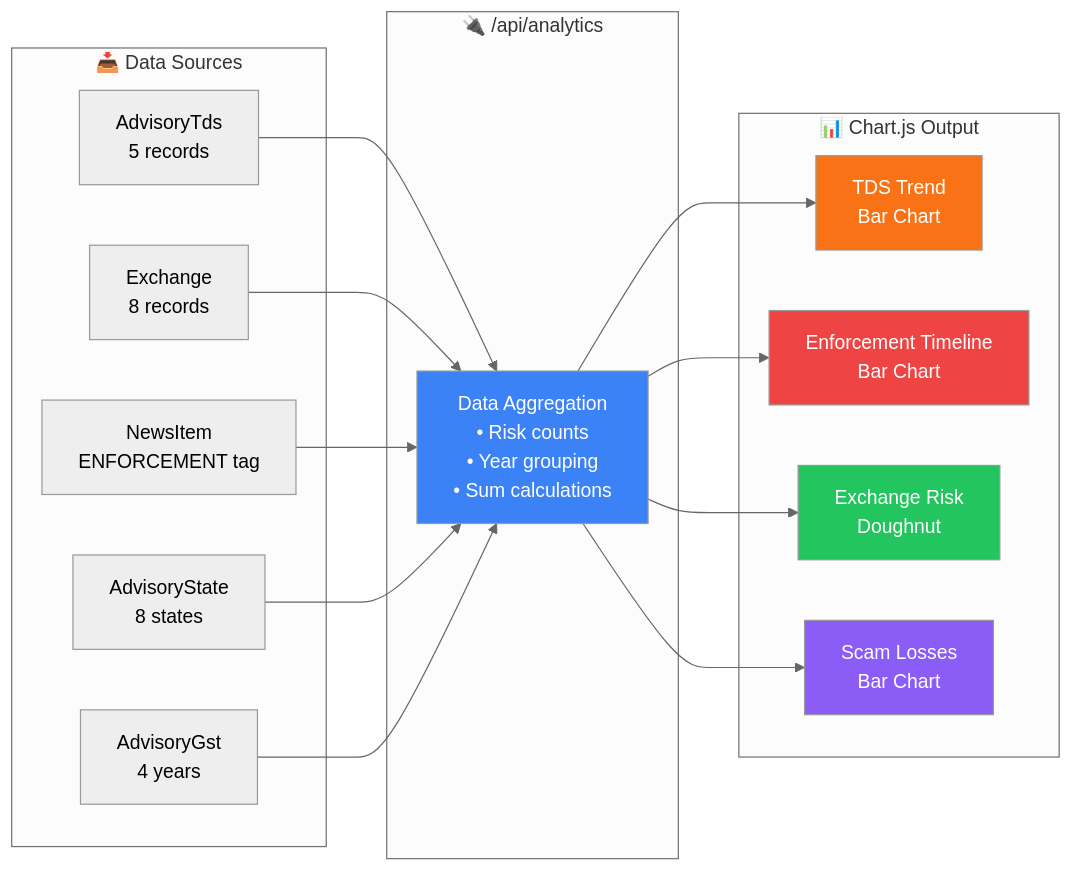
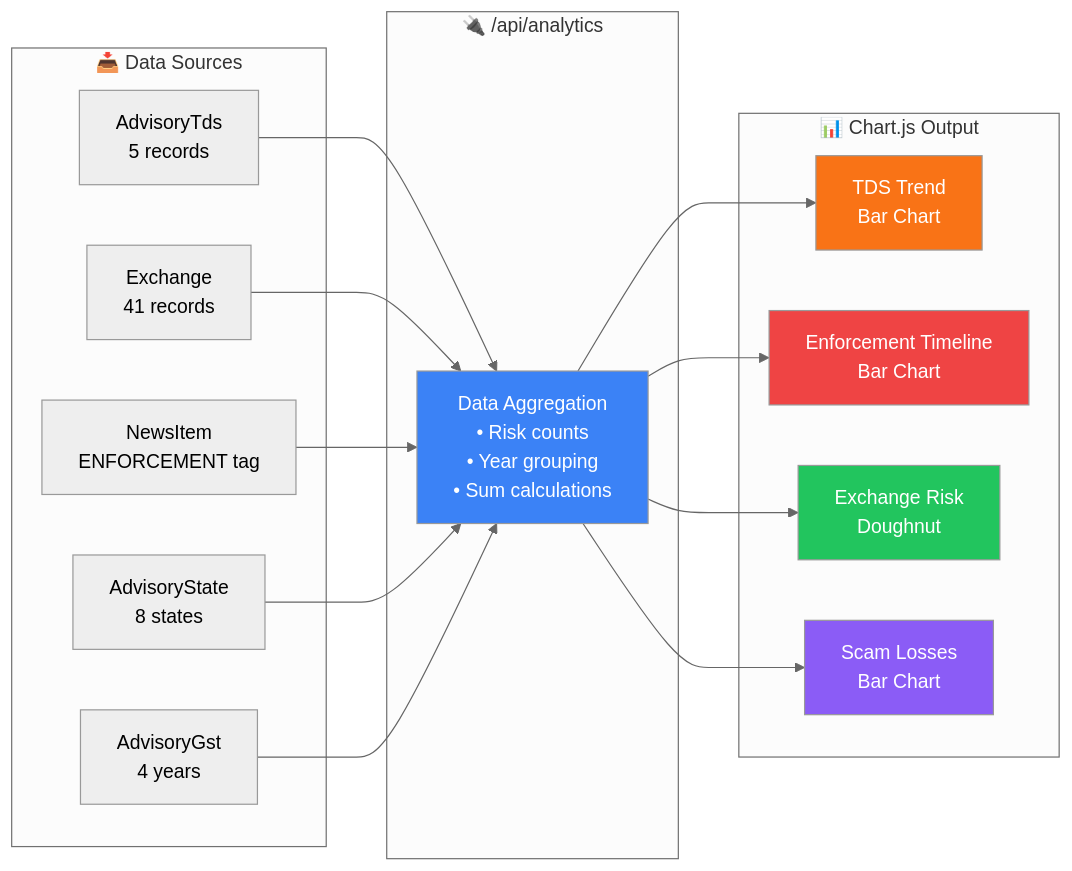
The seventh of 8 diagrams in README.md (nishant-uxs/gov-crypto-intel-hub), drawn with Mermaid (neutral theme) before and after one commit. The commit also changed other lines of this file and 1 other file, not shown here.

````diff
--- a/README.md
+++ b/README.md
@@ -366,38 +376,38 @@
 ```mermaid
 flowchart LR
     subgraph Sources["📥 Data Sources"]
         TDS["AdvisoryTds<br/>5 records"]
-        Exchanges["Exchange<br/>8 records"]
+        Exchanges["Exchange<br/>41 records"]
         News["NewsItem<br/>ENFORCEMENT tag"]
         States["AdvisoryState<br/>8 states"]
         GST["AdvisoryGst<br/>4 years"]
     end
 
     subgraph API["🔌 /api/analytics"]
         Aggregation["Data Aggregation<br/>• Risk counts<br/>• Year grouping<br/>• Sum calculations"]
     end
 
     subgraph Charts["📊 Chart.js Output"]
         Chart1["TDS Trend<br/>Bar Chart"]
         Chart2["Enforcement Timeline<br/>Bar Chart"]
         Chart3["Exchange Risk<br/>Doughnut"]
         Chart4["Scam Losses<br/>Bar Chart"]
     end
 
     TDS --> Aggregation
     Exchanges --> Aggregation
     News --> Aggregation
     States --> Aggregation
     GST --> Aggregation
 
     Aggregation --> Chart1
     Aggregation --> Chart2
     Aggregation --> Chart3
     Aggregation --> Chart4
 
     style Aggregation fill:#3b82f6,color:#fff
     style Chart1 fill:#f97316,color:#fff
     style Chart2 fill:#ef4444,color:#fff
     style Chart3 fill:#22c55e,color:#fff
     style Chart4 fill:#8b5cf6,color:#fff
 ```
````
